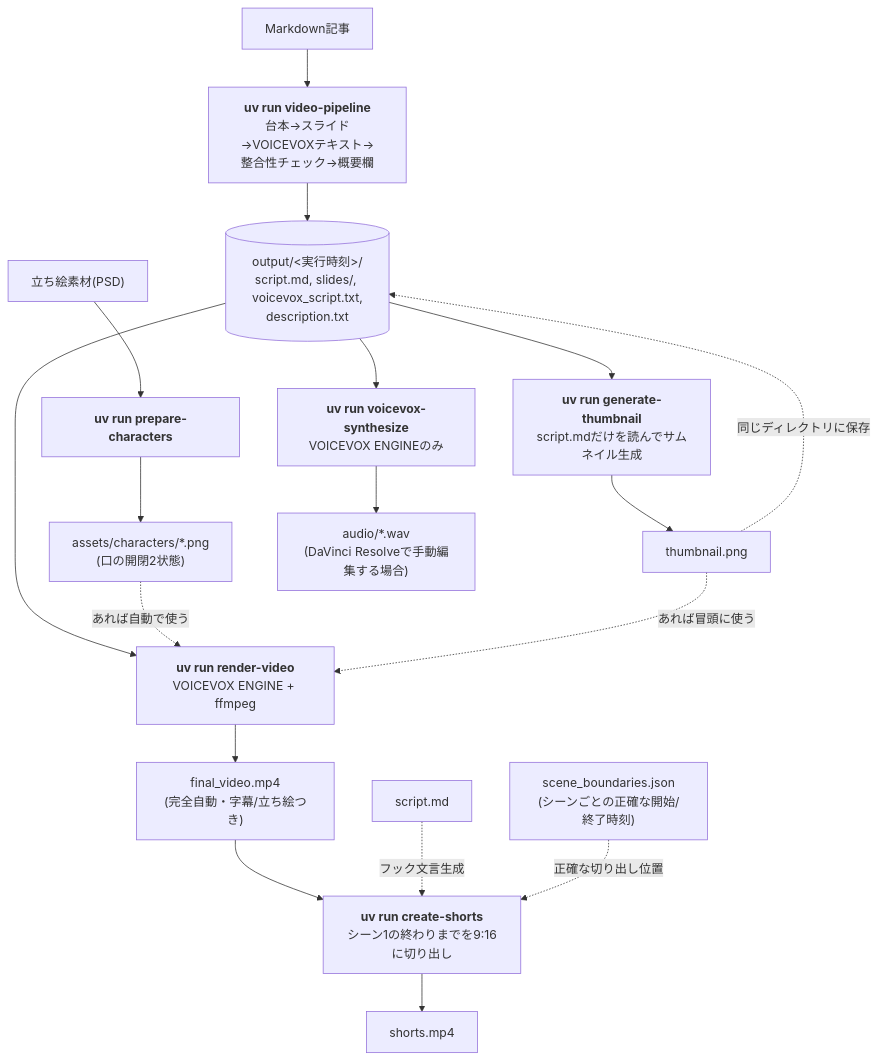
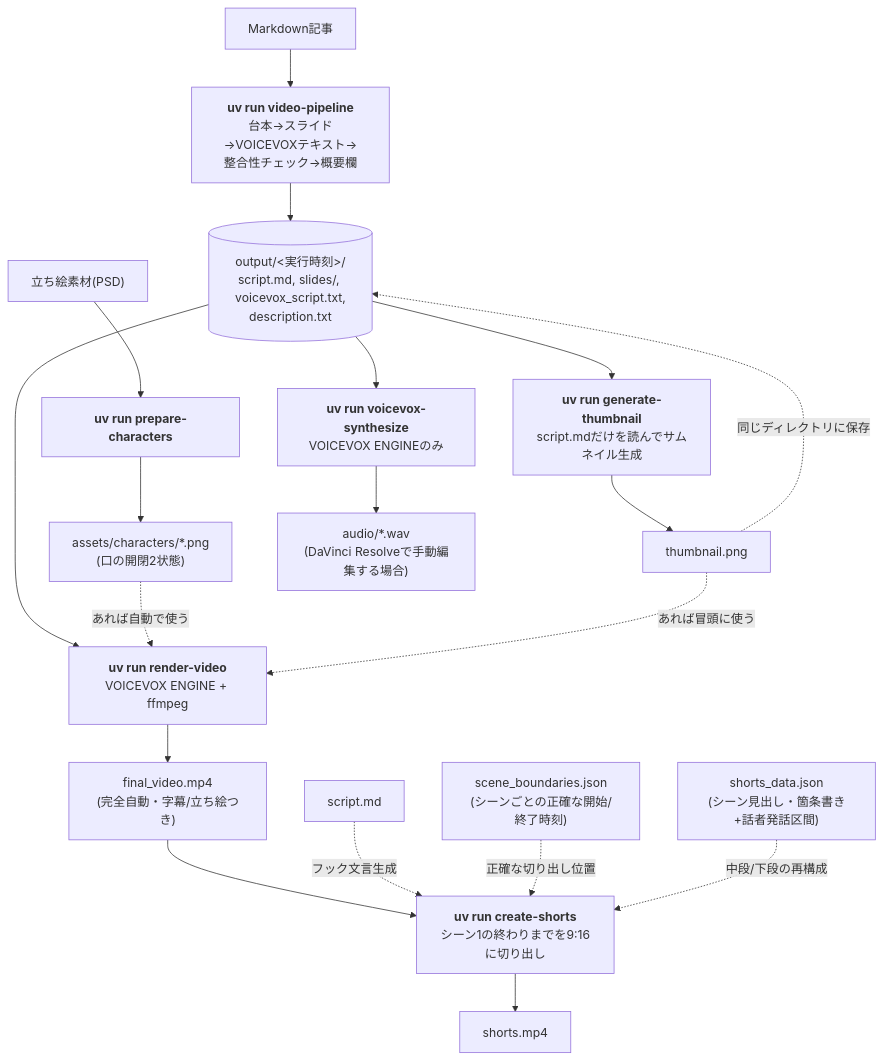
One commit to Ken-kichi/video-pipeline changed the first of 3 diagrams in README.md. Above: the diagram before and after it, drawn with Mermaid. The commit also changed other lines of this file, not shown here.

Commit message:
feat: YouTubeショート生成プロセスを改善し、shorts_data.jsonを利用した3段構成を追加

````diff
--- a/README.md
+++ b/README.md
@@ -52,25 +52,26 @@
 ```mermaid
 flowchart TD
     Article["Markdown記事"] --> VP["<b>uv run video-pipeline</b><br/>台本→スライド→VOICEVOXテキスト→<br/>整合性チェック→概要欄"]
     VP --> Out[("output/&lt;実行時刻&gt;/<br/>script.md, slides/, voicevox_script.txt,<br/>description.txt")]
 
     Out --> GT["<b>uv run generate-thumbnail</b><br/>script.mdだけを読んでサムネイル生成"]
     GT --> Thumb["thumbnail.png"]
     Thumb -.同じディレクトリに保存.-> Out
 
     PSD["立ち絵素材(PSD)"] --> PC["<b>uv run prepare-characters</b>"]
     PC --> Assets["assets/characters/*.png<br/>(口の開閉2状態)"]
 
     Out --> RV["<b>uv run render-video</b><br/>VOICEVOX ENGINE + ffmpeg"]
     Assets -.あれば自動で使う.-> RV
     Thumb -.あれば冒頭に使う.-> RV
     RV --> Final["final_video.mp4<br/>(完全自動・字幕/立ち絵つき)"]
 
     Out --> VS["<b>uv run voicevox-synthesize</b><br/>VOICEVOX ENGINEのみ"]
     VS --> Wav["audio/*.wav<br/>(DaVinci Resolveで手動編集する場合)"]
 
     Final --> CS["<b>uv run create-shorts</b><br/>シーン1の終わりまでを9:16に切り出し"]
     Script["script.md"] -.フック文言生成.-> CS
     Bounds["scene_boundaries.json<br/>(シーンごとの正確な開始/終了時刻)"] -.正確な切り出し位置.-> CS
+    ShortsData["shorts_data.json<br/>(シーン見出し・箇条書き+話者発話区間)"] -.中段/下段の再構成.-> CS
     CS --> Shorts["shorts.mp4"]
 ```
````
